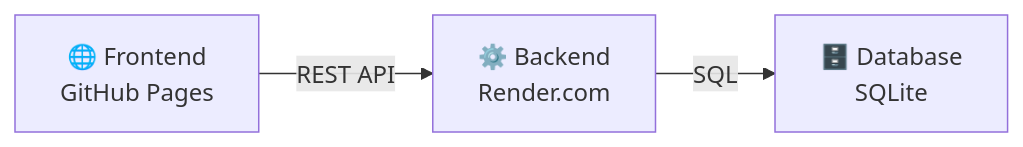
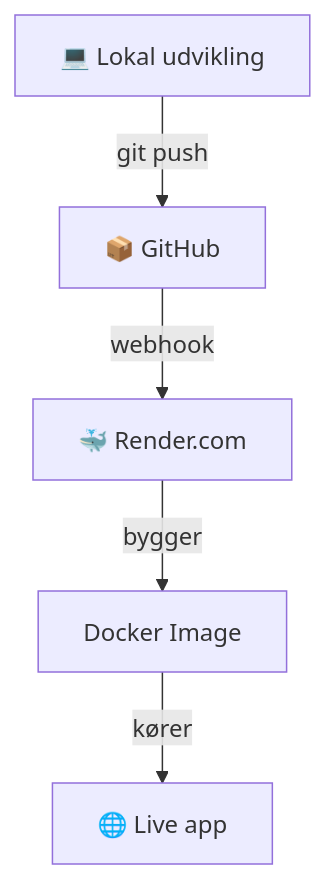
One commit to devcronberg/Northwind.App.Kursus changed the second of 2 diagrams in docs/overblik.md. Above: the diagram before and after it, drawn with Mermaid. The commit also changed other lines of this file and 7 other files, not shown here.

````diff
--- a/docs/overblik.md
+++ b/docs/overblik.md
@@ -275,5 +296,7 @@
 ```mermaid
-flowchart LR
-    A["🌐 Frontend<br/>GitHub Pages"] -->|"REST API"| B["⚙️ Backend<br/>Render.com"]
-    B -->|"SQL"| C["🗄️ Database<br/>SQLite"]
+flowchart TB
+    A["💻 Lokal udvikling"] -->|"git push"| B["📦 GitHub"]
+    B -->|"webhook"| C["🐳 Render.com"]
+    C -->|"bygger"| D["Docker Image"]
+    D -->|"kører"| E["🌐 Live app"]
 ```
````
